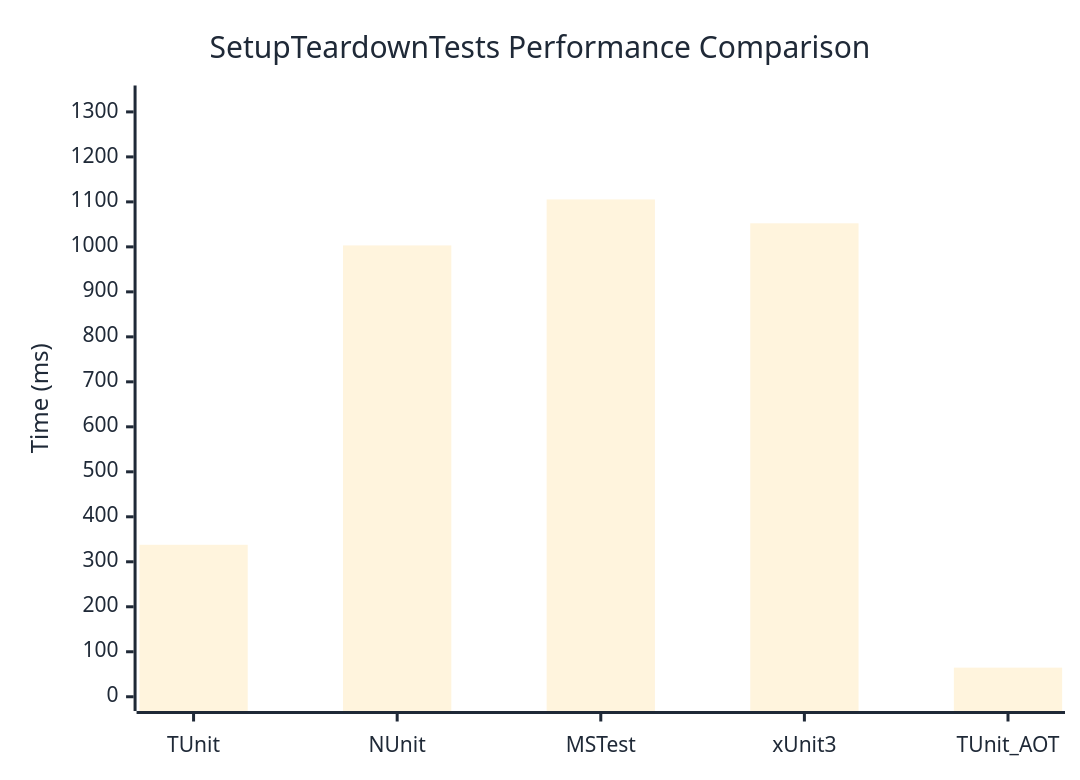
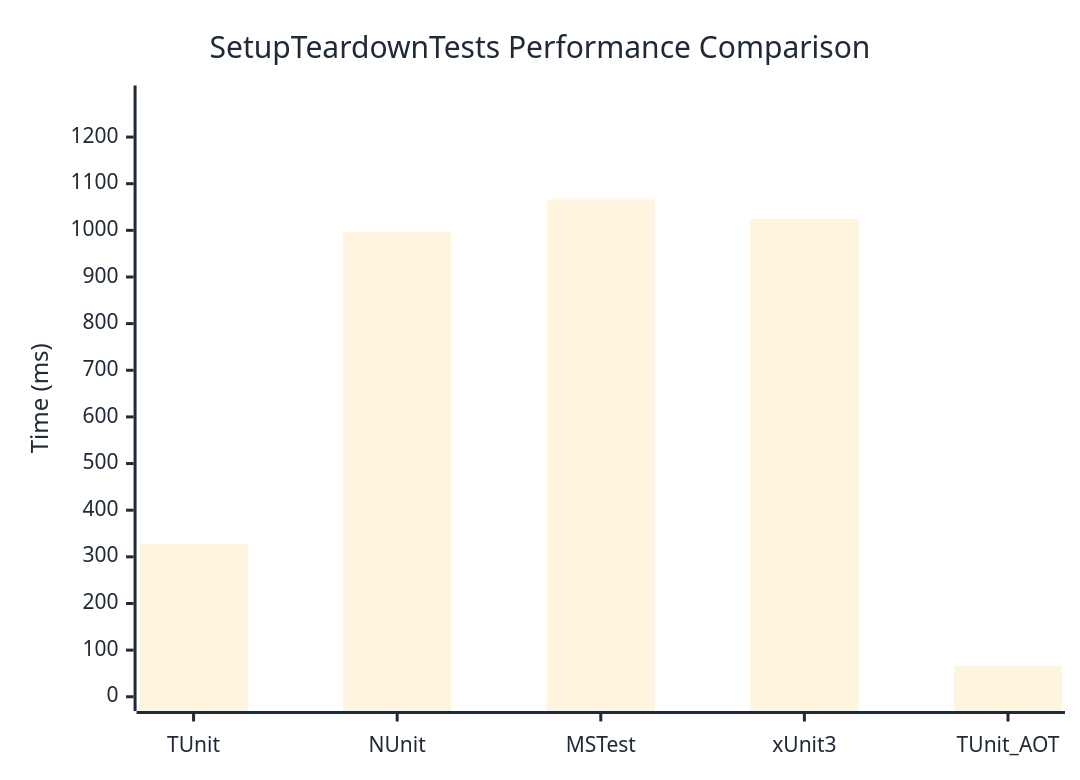
One commit to thomhurst/TUnit changed the diagram in docs/docs/benchmarks/engine/SetupTeardownTests.md. Above: the diagram before and after it, drawn with Mermaid. The commit also changed other lines of this file and 18 other files, not shown here.

````diff
--- a/docs/docs/benchmarks/engine/SetupTeardownTests.md
+++ b/docs/docs/benchmarks/engine/SetupTeardownTests.md
@@ -29,37 +29,37 @@
 ```mermaid
 %%{init: {
   'theme':'base',
   'themeVariables': {
     'primaryColor': '#2563eb',
     'primaryTextColor': '#1f2937',
     'primaryBorderColor': '#1e40af',
     'lineColor': '#6b7280',
     'secondaryColor': '#7c3aed',
     'tertiaryColor': '#dc2626',
     'background': '#ffffff',
     'mainBkg': '#2563eb',
     'secondBkg': '#7c3aed',
     'tertiaryBkg': '#dc2626',
     'clusterBkg': '#f3f4f6',
     'edgeLabelBackground': '#ffffff',
     'tertiaryTextColor': '#1f2937',
     'pie1': '#2563eb',
     'pie2': '#7c3aed',
     'pie3': '#dc2626',
     'pie4': '#f59e0b',
     'pie5': '#10b981',
     'pie6': '#06b6d4',
     'pie7': '#ec4899',
     'pie8': '#6366f1',
     'pie9': '#84cc16',
     'pie10': '#f97316',
     'pie11': '#14b8a6',
     'pie12': '#a855f7'
   }
 }}%%
 xychart-beta
   title "SetupTeardownTests Performance Comparison"
   x-axis ["TUnit", "NUnit", "MSTest", "xUnit3", "TUnit_AOT"]
-  y-axis "Time (ms)" 0 --> 1327
-  bar [337.77, 1003.23, 1105.44, 1052.38, 64.7]
+  y-axis "Time (ms)" 0 --> 1280
+  bar [327.59, 996.24, 1066.16, 1024.32, 66.11]
 ```
````
